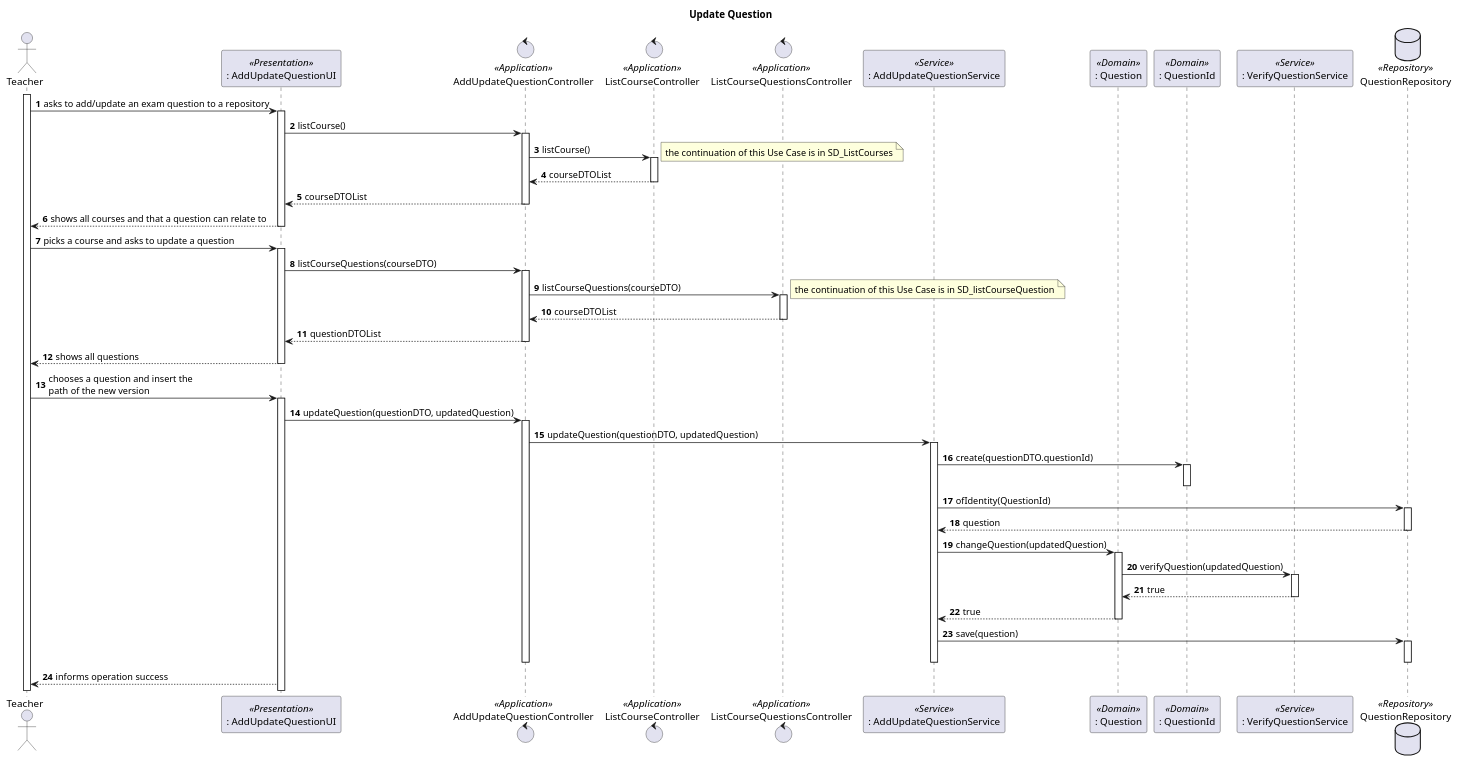
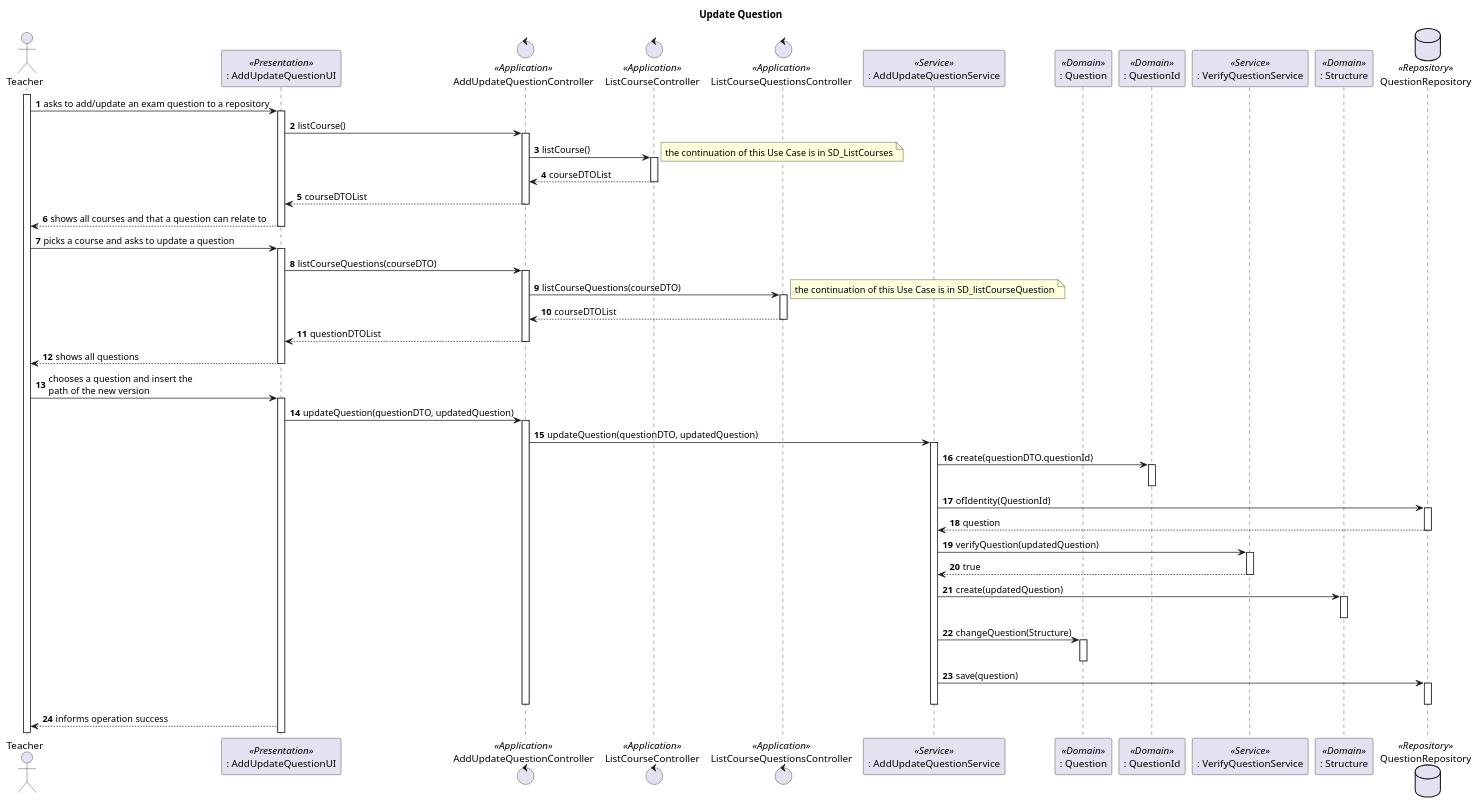
The diagram in docs/Sprint_B/us_2007/us_2007_SD_update.puml (Marco-Nobrega-Andrade/sem4pi_22_23), drawn with PlantUML before and after one commit.

Commit message:
[US_2007][Design] - Corrected error in design calling the VerifyQuestionService in use case update

```diff
--- a/docs/Sprint_B/us_2007/us_2007_SD_update.puml
+++ b/docs/Sprint_B/us_2007/us_2007_SD_update.puml
@@ -1,83 +1,85 @@
 @startuml
 autonumber
 title Update Question
 
 actor "Teacher" as T
 
 participant ": AddUpdateQuestionUI" as UI <<Presentation>>
 control "AddUpdateQuestionController" as CTRL <<Application>>
 control "ListCourseController" as LCCTRL <<Application>>
 control "ListCourseQuestionsController" as LCQCTRL <<Application>>
 participant ": AddUpdateQuestionService" as AUQS <<Service>>
 
 participant ": Question" as Q <<Domain>>
 participant ": QuestionId" as QI <<Domain>>
 participant ": VerifyQuestionService" as VQS <<Service>>
+participant ": Structure" as St <<Domain>>
 database QuestionRepository as QR <<Repository>>
 
 activate T
 T -> UI : asks to add/update an exam question to a repository
 activate UI
 
 UI->CTRL : listCourse()
 activate CTRL
 CTRL -> LCCTRL : listCourse()
 note right: the continuation of this Use Case is in SD_ListCourses
 activate LCCTRL
 LCCTRL --> CTRL : courseDTOList
 deactivate LCCTRL
 CTRL --> UI : courseDTOList
 deactivate CTRL
 UI --> T : shows all courses and that a question can relate to
 deactivate UI
 
 T -> UI : picks a course and asks to update a question
 activate UI
 
 
 UI -> CTRL : listCourseQuestions(courseDTO)
 activate CTRL
 CTRL -> LCQCTRL : listCourseQuestions(courseDTO)
 note right: the continuation of this Use Case is in SD_listCourseQuestion
 activate LCQCTRL
 LCQCTRL --> CTRL : courseDTOList
 deactivate LCQCTRL
 CTRL --> UI : questionDTOList
 deactivate CTRL
 UI --> T : shows all questions
 deactivate UI
 T -> UI : chooses a question and insert the \npath of the new version
 activate UI
 
 UI -> CTRL : updateQuestion(questionDTO, updatedQuestion)
 activate CTRL
 
 CTRL -> AUQS : updateQuestion(questionDTO, updatedQuestion)
 activate AUQS
 AUQS -> QI : create(questionDTO.questionId)
 activate QI
 deactivate QI
 AUQS -> QR : ofIdentity(QuestionId)
 activate QR
 QR --> AUQS : question
 deactivate QR
-AUQS -> Q : changeQuestion(updatedQuestion)
+AUQS -> VQS : verifyQuestion(updatedQuestion)
+activate VQS
+VQS --> AUQS : true
+deactivate VQS
+AUQS -> St : create(updatedQuestion)
+activate St
+deactivate St
+AUQS -> Q : changeQuestion(Structure)
 activate Q
-Q -> VQS : verifyQuestion(updatedQuestion)
-activate VQS
-VQS --> Q : true
-deactivate VQS
-Q --> AUQS : true
 deactivate Q
-
 
 
 AUQS -> QR : save(question)
 activate QR
 deactivate QR
 deactivate AUQS
 deactivate CTRL
 
 UI--> T : informs operation success
 
 @enduml
```
